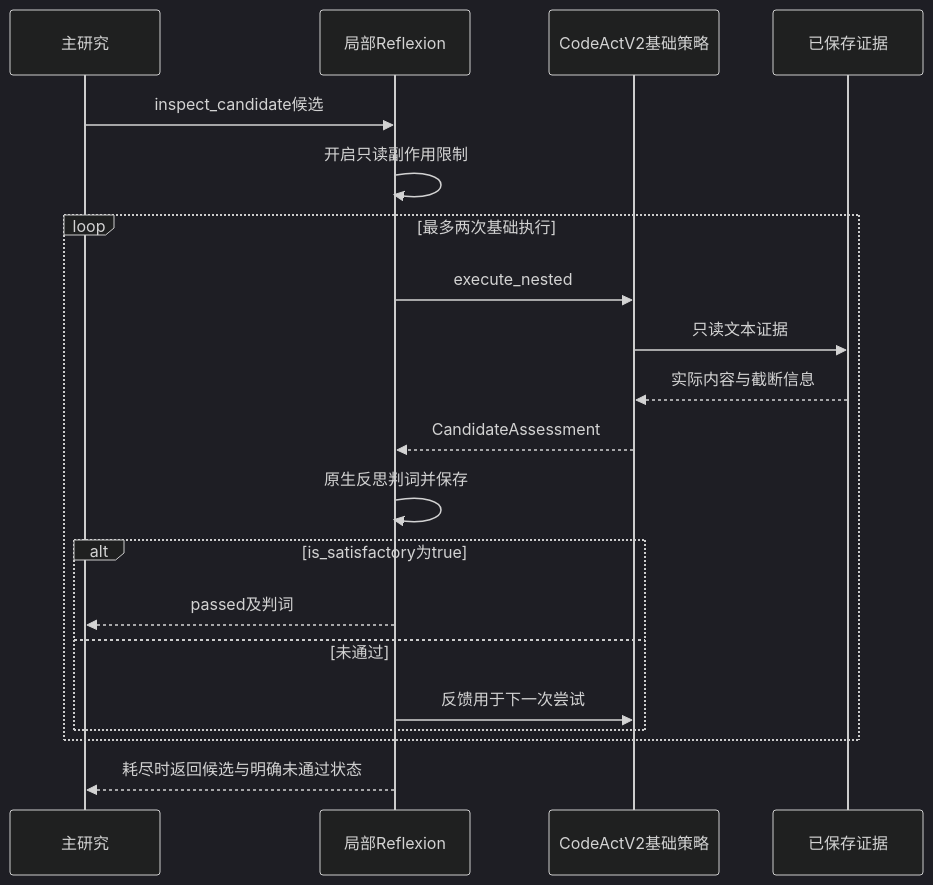
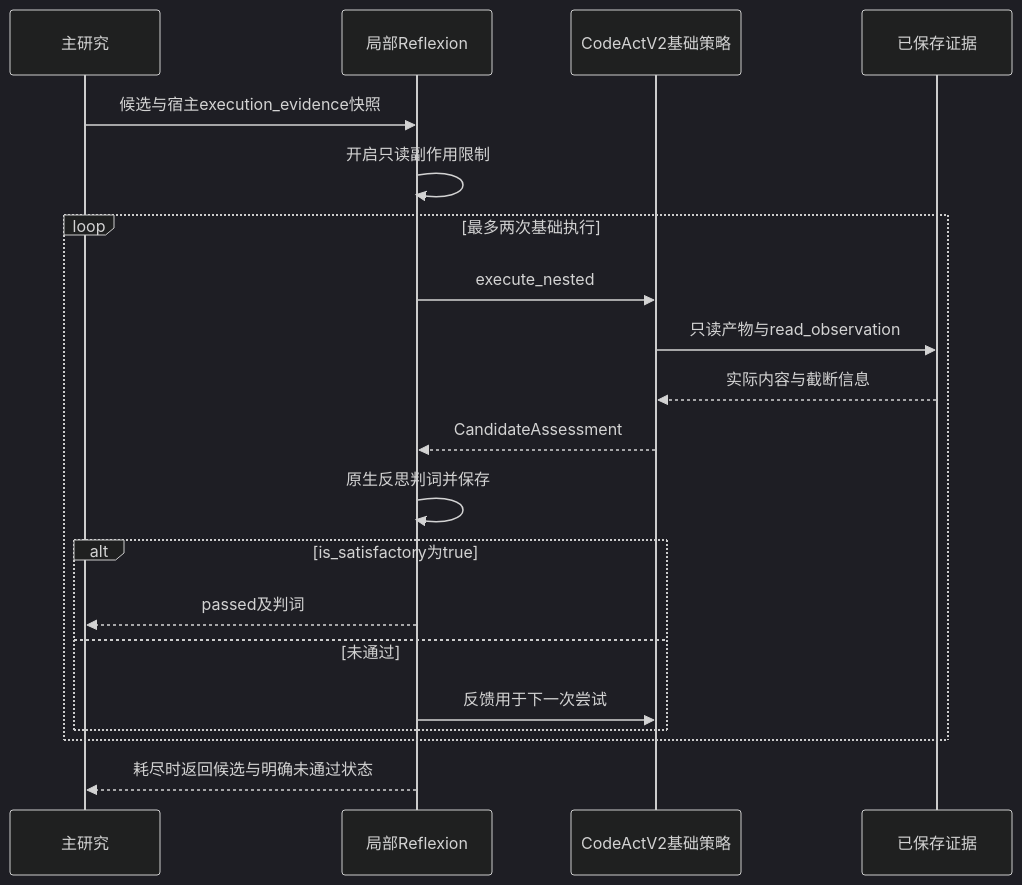
Before and after one commit to pty819/nooa-etching-rca: the diagram in docs/sphinx/diagrams/reflexion.mmd, drawn with Mermaid (dark theme). The commit also changed 29 other files, not shown here.

```diff
--- a/docs/sphinx/diagrams/reflexion.mmd
+++ b/docs/sphinx/diagrams/reflexion.mmd
@@ -1,20 +1,20 @@
 sequenceDiagram
   participant A as 主研究
   participant R as 局部Reflexion
   participant C as CodeActV2基础策略
   participant E as 已保存证据
-  A->>R: inspect_candidate候选
+  A->>R: 候选与宿主execution_evidence快照
   R->>R: 开启只读副作用限制
   loop 最多两次基础执行
     R->>C: execute_nested
-    C->>E: 只读文本证据
+    C->>E: 只读产物与read_observation
     E-->>C: 实际内容与截断信息
     C-->>R: CandidateAssessment
     R->>R: 原生反思判词并保存
     alt is_satisfactory为true
       R-->>A: passed及判词
     else 未通过
       R->>C: 反馈用于下一次尝试
     end
   end
   R-->>A: 耗尽时返回候选与明确未通过状态
```
